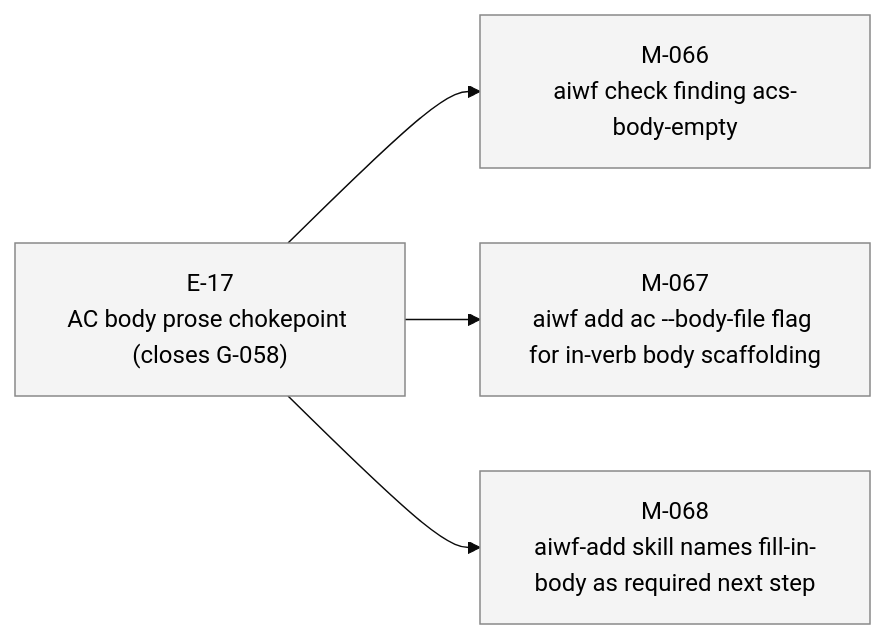
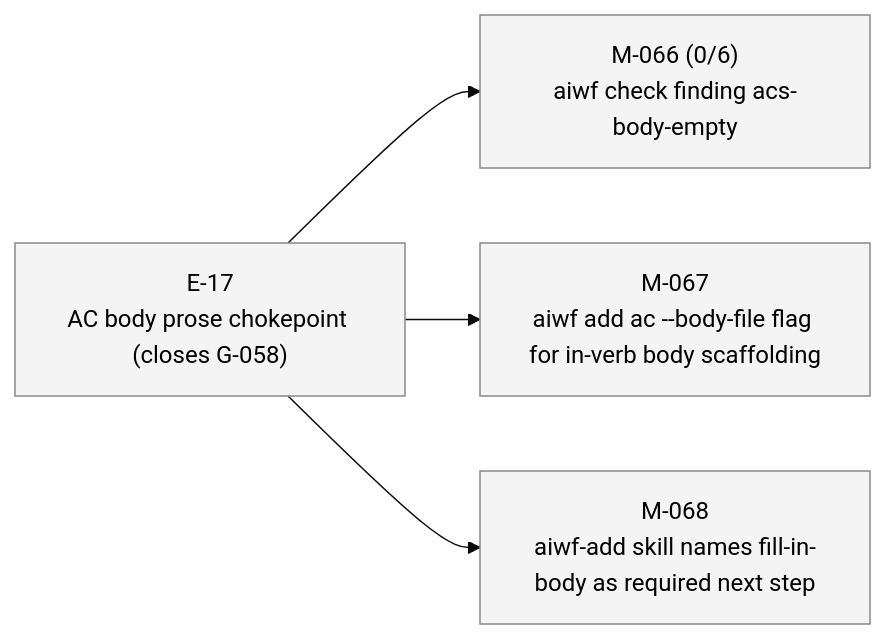
One commit to 23min/aiwf changed the third of 3 diagrams in STATUS.md. Above: the diagram before and after it, drawn with Mermaid (base theme). The commit also changed other lines of this file and 1 other file, not shown here.

Commit message:
aiwf add ac M-066 AC-1..AC-6 (6 criteria)
aiwf-verb: add
aiwf-entity: M-066/AC-1
aiwf-entity: M-066/AC-2
aiwf-entity: M-066/AC-3
aiwf-entity: M-066/AC-4
aiwf-entity: M-066/AC-5
aiwf-entity: M-066/AC-6
aiwf-actor: human/peter

````diff
--- a/STATUS.md
+++ b/STATUS.md
@@ -60,16 +60,16 @@
 ```mermaid
 flowchart LR
   E_17["E-17<br/>AC body prose chokepoint (closes G-058)"]:::epic_proposed
-  M_066["M-066<br/>aiwf check finding acs-body-empty"]:::ms_draft
+  M_066["M-066 (0/6)<br/>aiwf check finding acs-body-empty"]:::ms_draft
   E_17 --> M_066
   M_067["M-067<br/>aiwf add ac --body-file flag for in-verb body scaffolding"]:::ms_draft
   E_17 --> M_067
   M_068["M-068<br/>aiwf-add skill names fill-in-body as required next step"]:::ms_draft
   E_17 --> M_068
   classDef epic_active fill:#d6eaff,stroke:#1a73e8,color:#000
   classDef epic_proposed fill:#f4f4f4,stroke:#888,color:#000
   classDef ms_done fill:#d8f5d8,stroke:#2a8a2a,color:#000
   classDef ms_in_progress fill:#fff3c4,stroke:#caa400,color:#000
   classDef ms_draft fill:#f4f4f4,stroke:#888,color:#000
   classDef ms_cancelled fill:#fbeaea,stroke:#c33,color:#000
 ```
````
